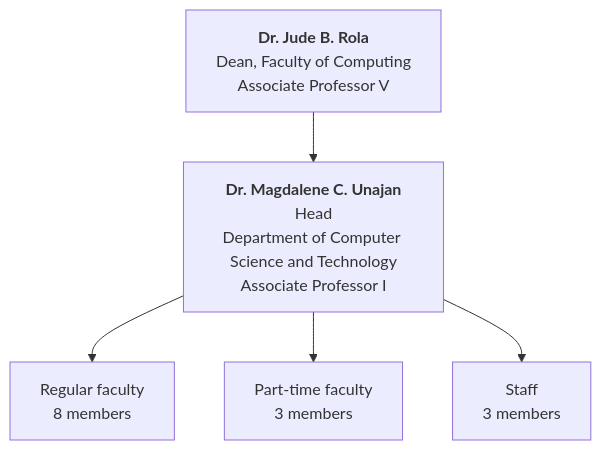
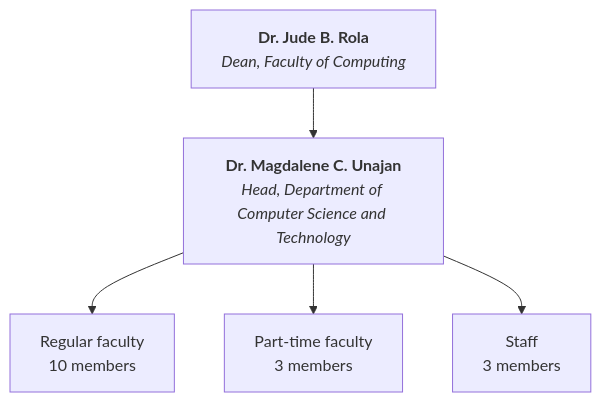
One commit to vsu-dcst/.github changed the diagram in profile/README.md. Above: the diagram before and after it, drawn with Mermaid. The commit also changed other lines of this file, not shown here.

Commit message:
Show administrative designations on the chart and rank the Head and Dean as faculty
The chart now carries only the italicized administrative designation for the Head
and Dean, while the regular faculty roster lists both with their academic ranks.

🤖 Generated with Codebuff

````diff
--- a/profile/README.md
+++ b/profile/README.md
@@ -55,13 +55,13 @@
 ```mermaid
 flowchart TD
-    DEAN["<b>Dr. Jude B. Rola</b><br/>Dean, Faculty of Computing<br/>Associate Professor V"]
-    HEAD["<b>Dr. Magdalene C. Unajan</b><br/>Head<br/>Department of Computer Science and Technology<br/>Associate Professor I"]
-    FAC["Regular faculty<br/>8 members"]
+    DEAN["<b>Dr. Jude B. Rola</b><br/><i>Dean, Faculty of Computing</i>"]
+    HEAD["<b>Dr. Magdalene C. Unajan</b><br/><i>Head, Department of Computer Science and Technology</i>"]
+    FAC["Regular faculty<br/>10 members"]
     PTC["Part-time faculty<br/>3 members"]
     STF["Staff<br/>3 members"]
 
     DEAN --> HEAD
     HEAD --> FAC
     HEAD --> PTC
     HEAD --> STF
 ```
````
